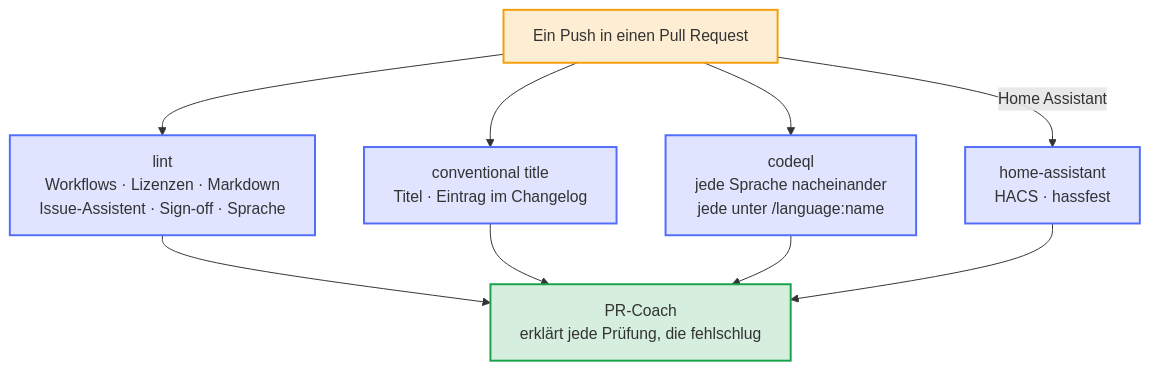
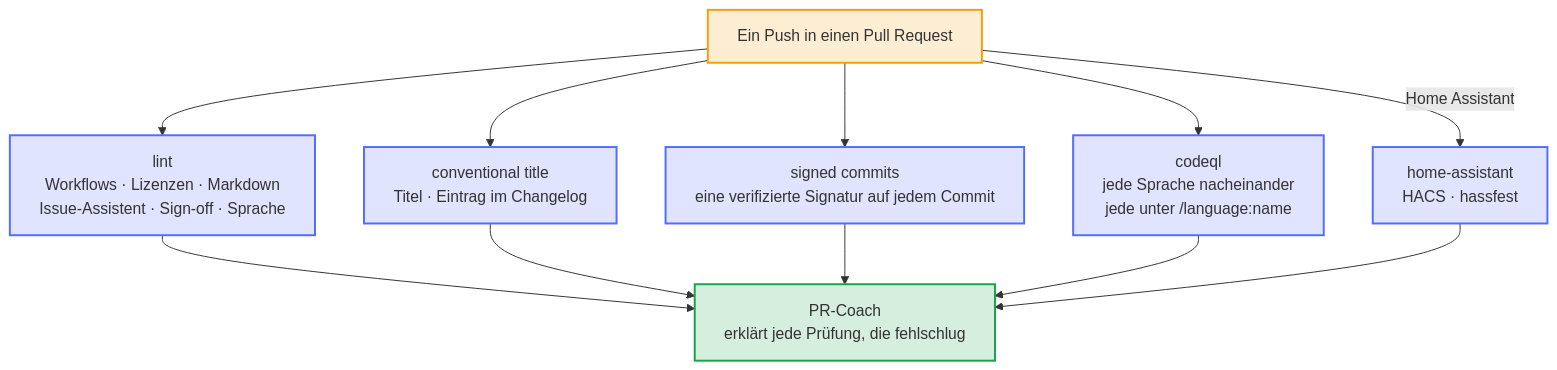
The diagram in docs/diagrams/the-jobs-of-a-pull-request.de.mmd (Dennis-Otto/repo-blueprint), drawn with Mermaid before and after one commit. The commit also changed 36 other files, not shown here.

```diff
--- a/docs/diagrams/the-jobs-of-a-pull-request.de.mmd
+++ b/docs/diagrams/the-jobs-of-a-pull-request.de.mmd
@@ -1,31 +1,34 @@
 ---
 config:
   flowchart:
     wrappingWidth: 400
 ---
 flowchart TB
     accTitle: Die Jobs eines Pull Requests
-    accDescr: Jeder Job eines Pushes wartet auf einen eigenen Runner, und das Konto führt etwa 20 Jobs gleichzeitig aus. Darum teilen sich die schnellen Prüfungen ihre Jobs: lint führt jeden Linter aus, der Job des Titels prüft Titel und Eintrag im Changelog, codeql analysiert jede Sprache unter der Kategorie ihrer Warnungen, und home-assistant führt HACS und hassfest aus. Jeder Schritt läuft auch, wenn einer davor fehlschlug, und der PR-Coach erklärt jede Prüfung eines Jobs, die fehlschlug.
+    accDescr: Jeder Job eines Pushes wartet auf einen eigenen Runner, und das Konto führt etwa 20 Jobs gleichzeitig aus. Darum teilen sich die schnellen Prüfungen ihre Jobs: lint führt jeden Linter aus, der Job des Titels prüft Titel und Eintrag im Changelog, codeql analysiert jede Sprache unter der Kategorie ihrer Warnungen, und home-assistant führt HACS und hassfest aus. signed commits steht für sich, außerhalb der Pflichtprüfungen, weil die Regel von GitHub selbst den Merge schon blockiert. Jeder Schritt läuft auch, wenn einer davor fehlschlug, und der PR-Coach erklärt jede Prüfung eines Jobs, die fehlschlug.
 
     push["Ein Push in einen Pull Request"]
     lint["lint<br>Workflows · Lizenzen · Markdown<br>Issue-Assistent · Sign-off · Sprache"]
     title["conventional title<br>Titel · Eintrag im Changelog"]
+    signed["signed commits<br>eine verifizierte Signatur auf jedem Commit"]
     codeql["codeql<br>jede Sprache nacheinander<br>jede unter /language:name"]
     ha["home-assistant<br>HACS · hassfest"]
     coach["PR-Coach<br>erklärt jede Prüfung, die fehlschlug"]
 
     push --> lint
     push --> title
+    push --> signed
     push --> codeql
     push -- "Home Assistant" --> ha
     lint --> coach
     title --> coach
+    signed --> coach
     codeql --> coach
     ha --> coach
 
     classDef bot fill:#526cfe2e,stroke:#526cfe,stroke-width:2px
     classDef person fill:#f59e0b2e,stroke:#f59e0b,stroke-width:2px
     classDef done fill:#16a34a2e,stroke:#16a34a,stroke-width:2px
     class push person
-    class lint,title,codeql,ha bot
+    class lint,title,signed,codeql,ha bot
     class coach done
```
